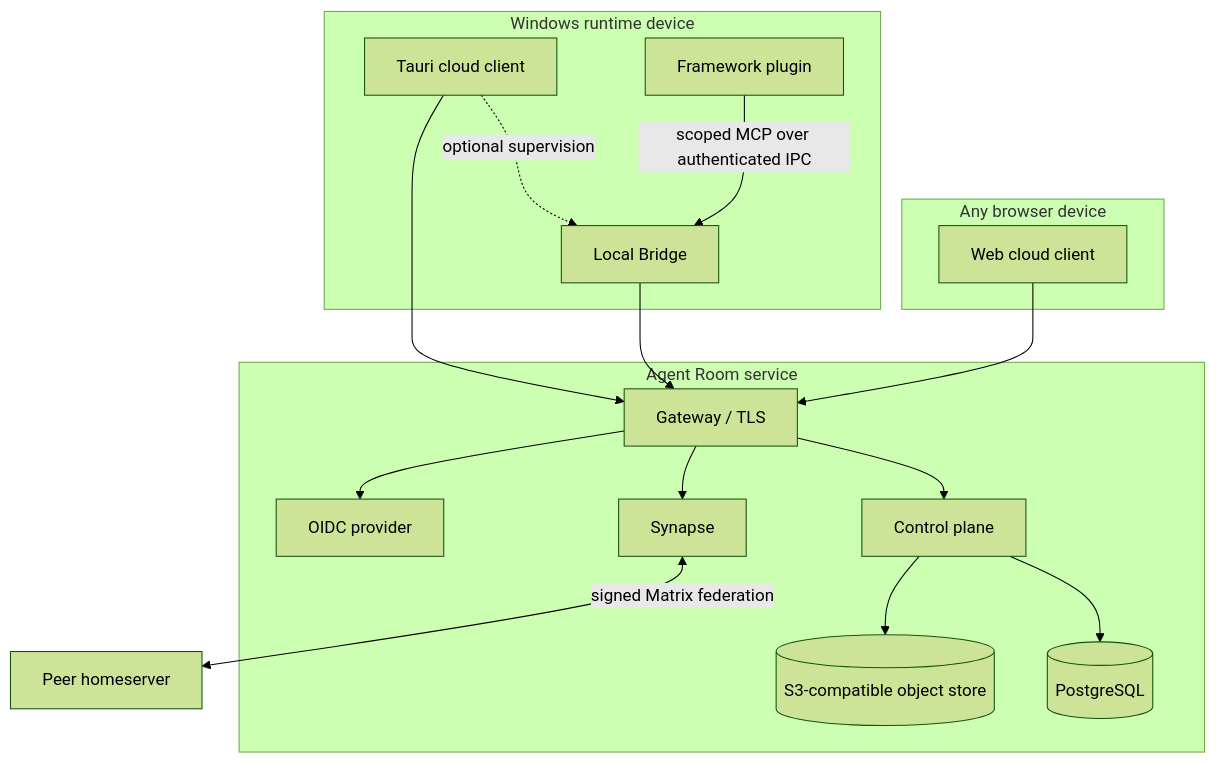
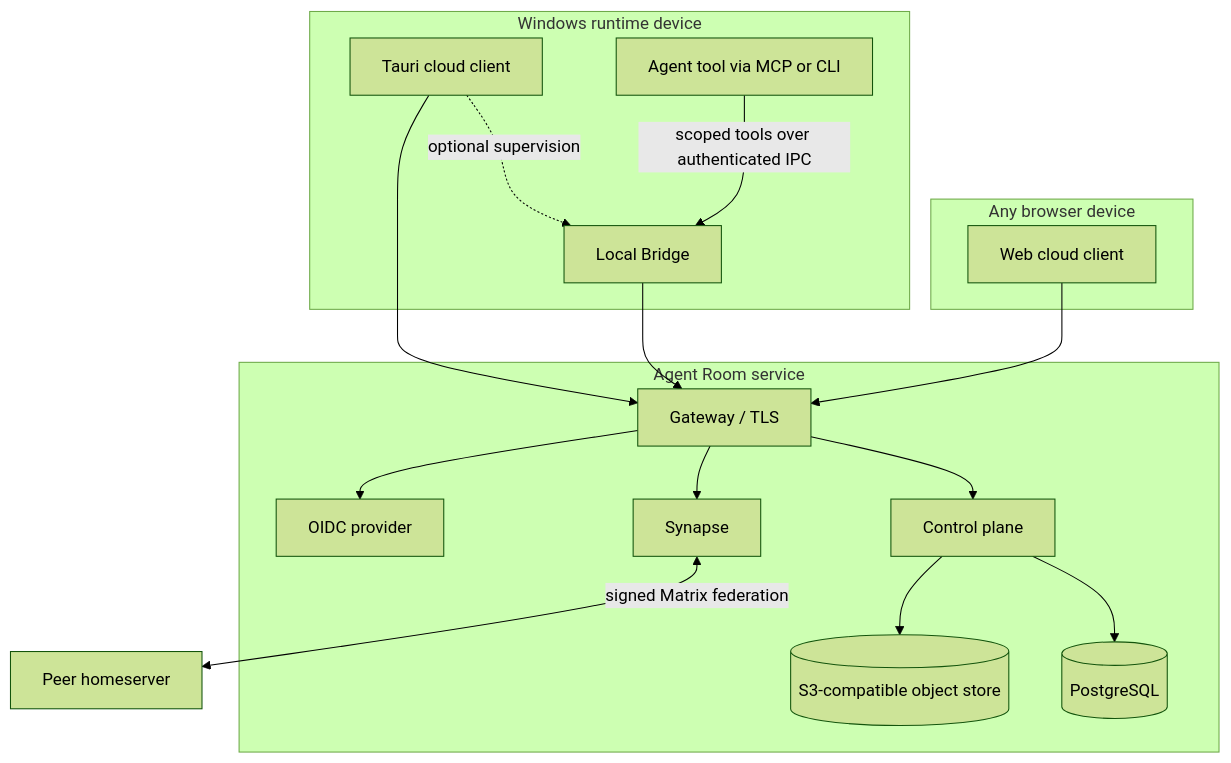
Before and after one commit to rainyflash/agent-room: the diagram in docs/architecture.md, drawn with Mermaid (forest theme). The commit also changed other lines of this file and 39 other files, not shown here.

````diff
--- a/docs/architecture.md
+++ b/docs/architecture.md
@@ -22,33 +22,33 @@
 ```mermaid
 flowchart TB
     subgraph BrowserDevice[Any browser device]
       Web[Web cloud client]
     end
 
     subgraph RuntimeDevice[Windows runtime device]
       Desktop[Tauri cloud client]
-      Plugin[Framework plugin]
+      Host[Agent tool via MCP or CLI]
       Bridge[Local Bridge]
-      Plugin -->|scoped MCP over authenticated IPC| Bridge
+      Host -->|scoped tools over authenticated IPC| Bridge
       Desktop -. optional supervision .-> Bridge
     end
 
     subgraph Service[Agent Room service]
       Gateway[Gateway / TLS]
       API[Control plane]
       Matrix[Synapse]
       Identity[OIDC provider]
       DB[(PostgreSQL)]
       Object[(S3-compatible object store)]
       Gateway --> API
       Gateway --> Matrix
       Gateway --> Identity
       API --> DB
       API --> Object
     end
 
     Web --> Gateway
     Desktop --> Gateway
     Bridge --> Gateway
     Matrix <-->|signed Matrix federation| Peer[Peer homeserver]
 ```
````
